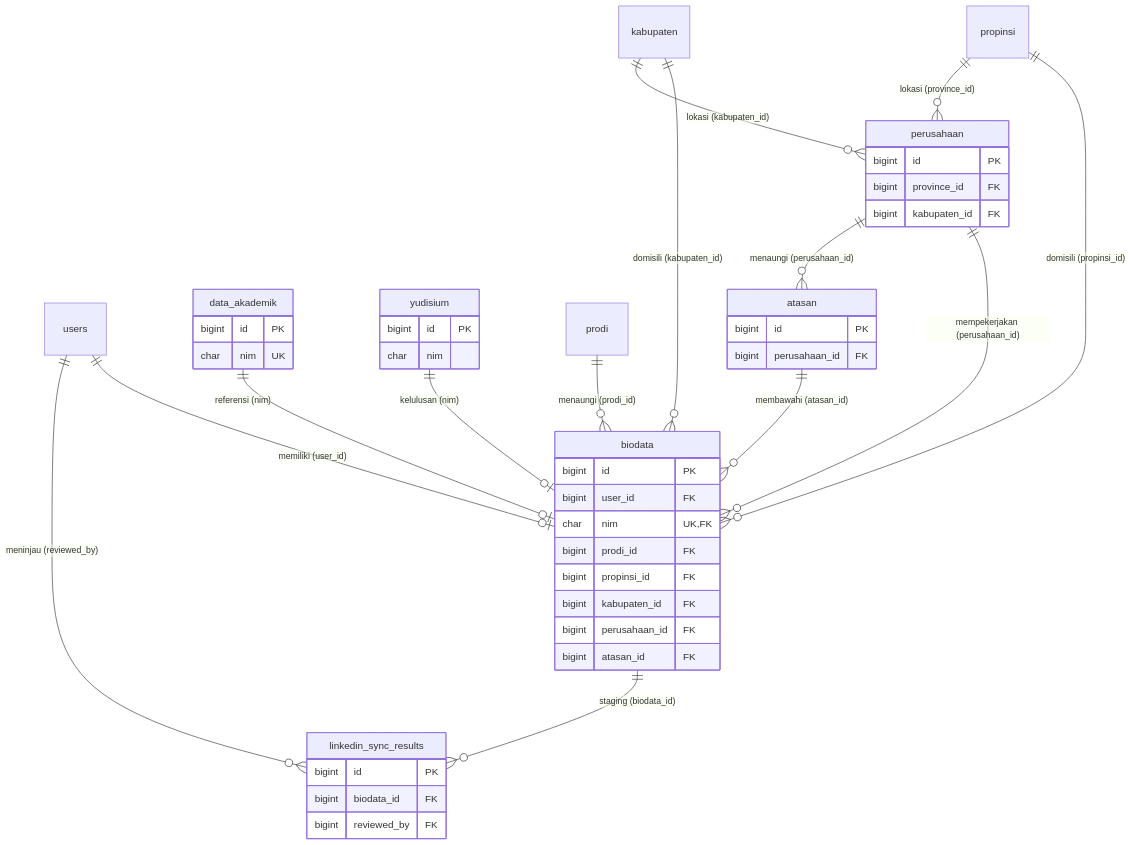
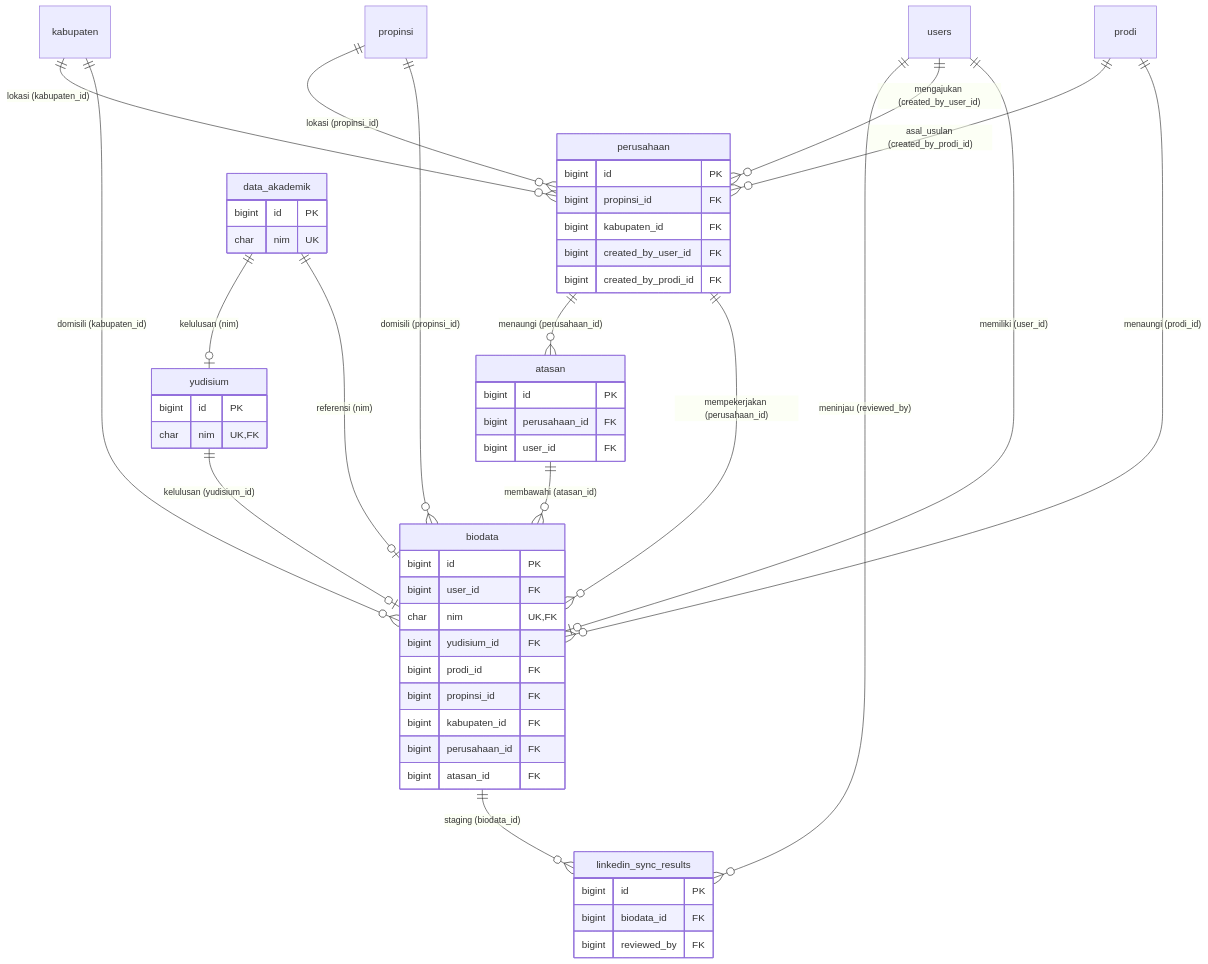
Before and after one commit to claraanjelitakd/tugas-akhir: the fourth of 8 diagrams in ERD.md, drawn with Mermaid. The commit also changed other lines of this file and 62 other files, not shown here.

````diff
--- a/ERD.md
+++ b/ERD.md
@@ -156,54 +161,61 @@
 ```mermaid
 erDiagram
     users ||--o| biodata : "memiliki (user_id)"
+    users ||--o{ perusahaan : "mengajukan (created_by_user_id)"
     data_akademik ||--o| biodata : "referensi (nim)"
-    yudisium ||--o| biodata : "kelulusan (nim)"
+    data_akademik ||--o| yudisium : "kelulusan (nim)"
+    yudisium ||--o| biodata : "kelulusan (yudisium_id)"
     prodi ||--o{ biodata : "menaungi (prodi_id)"
+    prodi ||--o{ perusahaan : "asal_usulan (created_by_prodi_id)"
     propinsi ||--o{ biodata : "domisili (propinsi_id)"
     kabupaten ||--o{ biodata : "domisili (kabupaten_id)"
-    propinsi ||--o{ perusahaan : "lokasi (province_id)"
+    propinsi ||--o{ perusahaan : "lokasi (propinsi_id)"
     kabupaten ||--o{ perusahaan : "lokasi (kabupaten_id)"
     perusahaan ||--o{ biodata : "mempekerjakan (perusahaan_id)"
     perusahaan ||--o{ atasan : "menaungi (perusahaan_id)"
     atasan ||--o{ biodata : "membawahi (atasan_id)"
     biodata ||--o{ linkedin_sync_results : "staging (biodata_id)"
     users ||--o{ linkedin_sync_results : "meninjau (reviewed_by)"
 
     data_akademik {
         bigint id PK
         char nim UK
     }
 
     yudisium {
         bigint id PK
-        char nim
+        char nim UK,FK
     }
 
     biodata {
         bigint id PK
         bigint user_id FK
         char nim UK,FK
+        bigint yudisium_id FK
         bigint prodi_id FK
         bigint propinsi_id FK
         bigint kabupaten_id FK
         bigint perusahaan_id FK
         bigint atasan_id FK
     }
 
     perusahaan {
         bigint id PK
-        bigint province_id FK
+        bigint propinsi_id FK
         bigint kabupaten_id FK
+        bigint created_by_user_id FK
+        bigint created_by_prodi_id FK
     }
 
     atasan {
         bigint id PK
         bigint perusahaan_id FK
+        bigint user_id FK
     }
 
     linkedin_sync_results {
         bigint id PK
         bigint biodata_id FK
         bigint reviewed_by FK
     }
 ```
````
